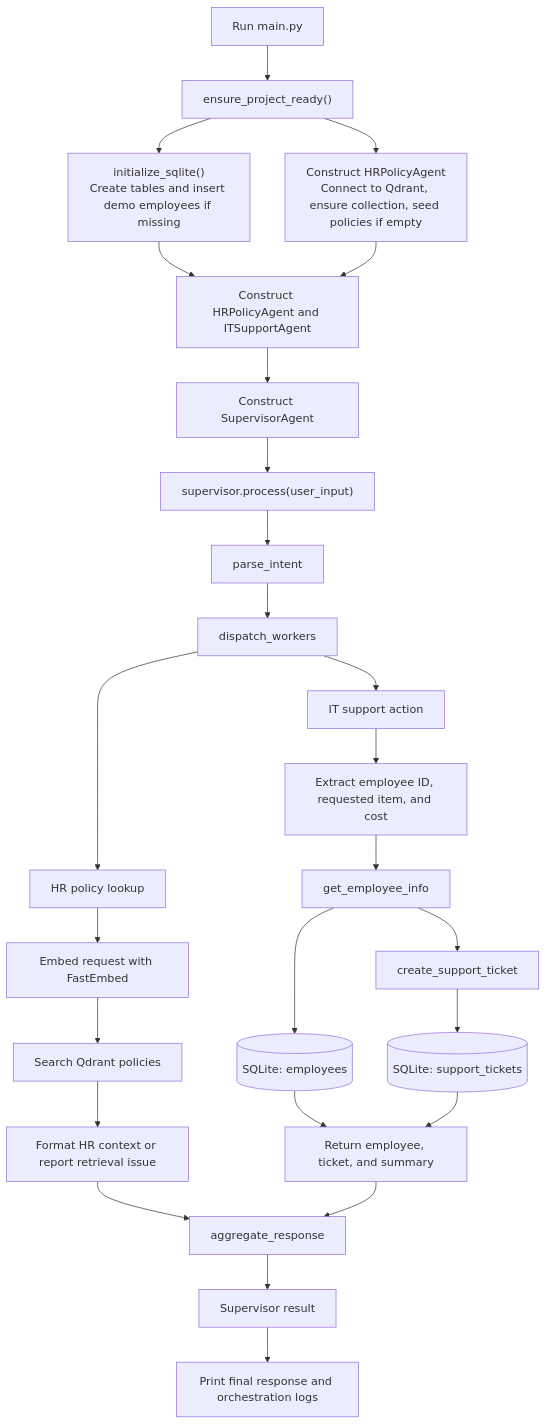
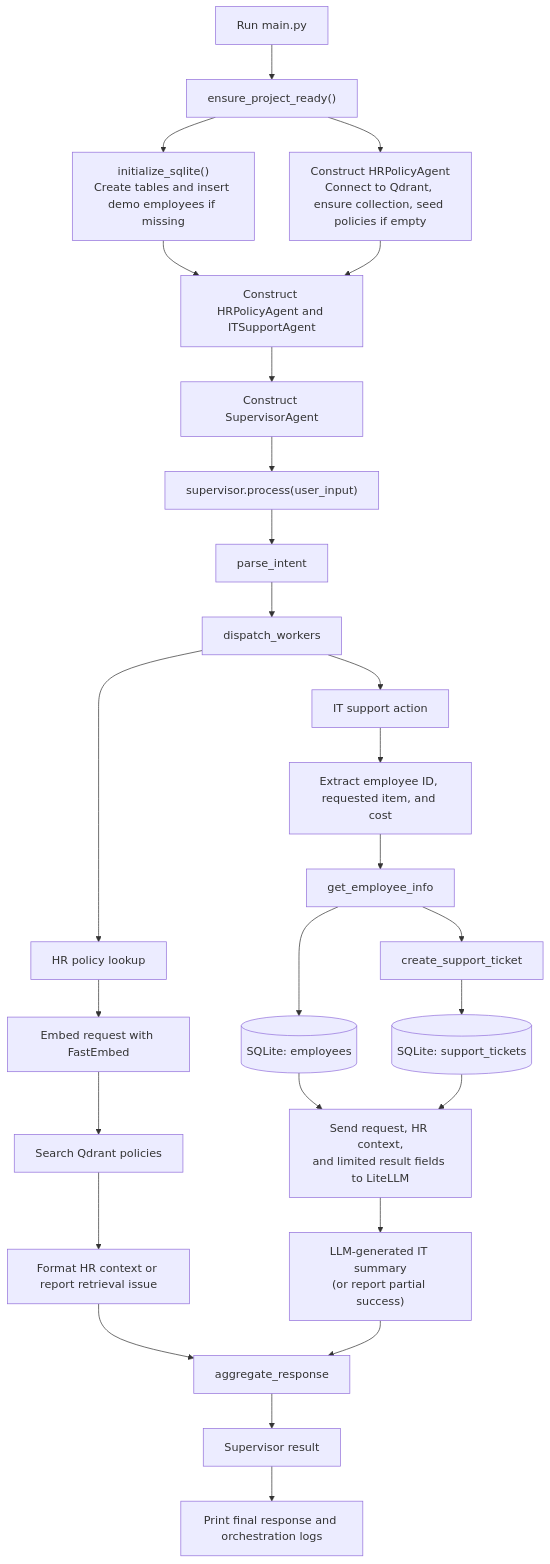
One commit to collabwithkarthick/ai-llm-lab changed the diagram in Multi-Agents/flow.md. Above: the diagram before and after it, drawn with Mermaid. The commit also changed other lines of this file and 13 other files, not shown here.

````diff
--- a/Multi-Agents/flow.md
+++ b/Multi-Agents/flow.md
@@ -6,28 +6,29 @@
 ```mermaid
 flowchart TD
     A["Run main.py"] --> B["ensure_project_ready()"]
     B --> C["initialize_sqlite()<br/>Create tables and insert demo employees if missing"]
     B --> D["Construct HRPolicyAgent<br/>Connect to Qdrant, ensure collection, seed policies if empty"]
     C --> E["Construct HRPolicyAgent and ITSupportAgent"]
     D --> E
     E --> F["Construct SupervisorAgent"]
     F --> G["supervisor.process(user_input)"]
     G --> H["parse_intent"]
     H --> I["dispatch_workers"]
     I --> J["HR policy lookup"]
     J --> J1["Embed request with FastEmbed"]
     J1 --> J2["Search Qdrant policies"]
     J2 --> J3["Format HR context or report retrieval issue"]
     I --> K["IT support action"]
     K --> K1["Extract employee ID, requested item, and cost"]
     K1 --> K2["get_employee_info"]
     K2 --> K3[("SQLite: employees")]
     K2 --> K4["create_support_ticket"]
     K4 --> K5[("SQLite: support_tickets")]
-    K3 --> K6["Return employee, ticket, and summary"]
+    K3 --> K6["Send request, HR context,<br/>and limited result fields to LiteLLM"]
     K5 --> K6
+    K6 --> K7["LLM-generated IT summary<br/>(or report partial success)"]
     J3 --> L["aggregate_response"]
-    K6 --> L
+    K7 --> L
     L --> M["Supervisor result"]
     M --> N["Print final response and orchestration logs"]
 ```
````
